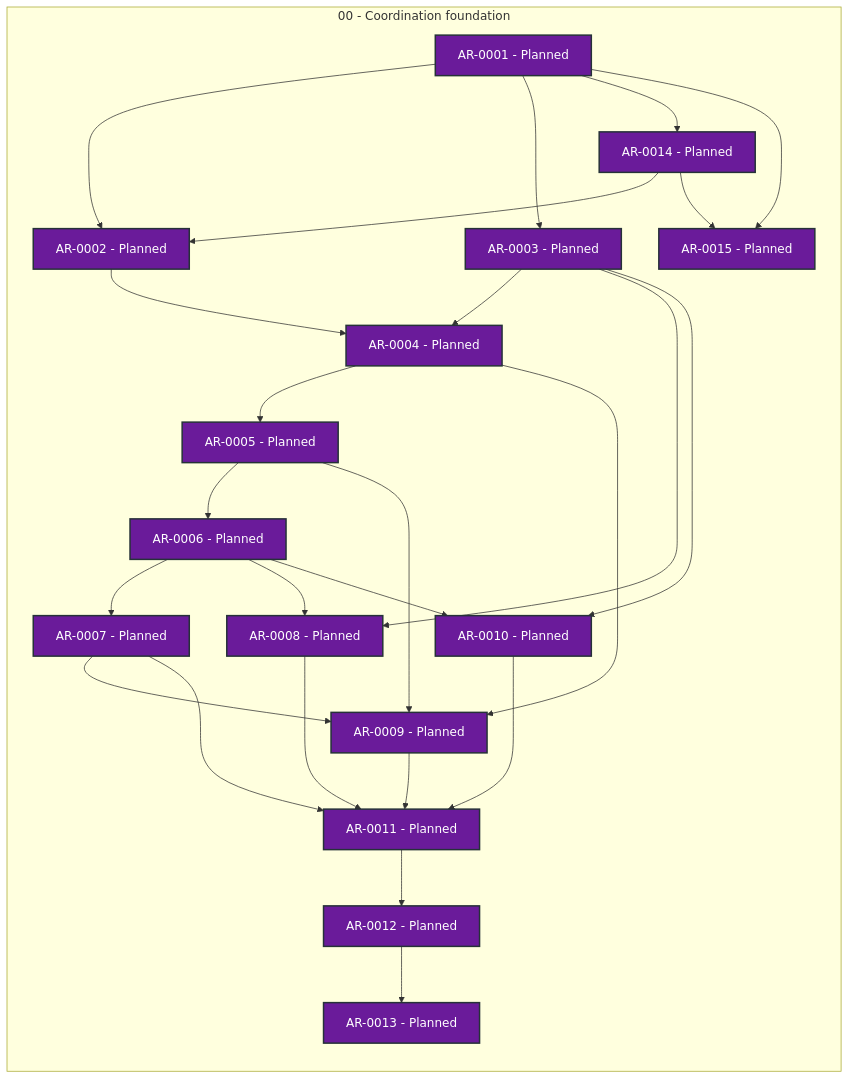
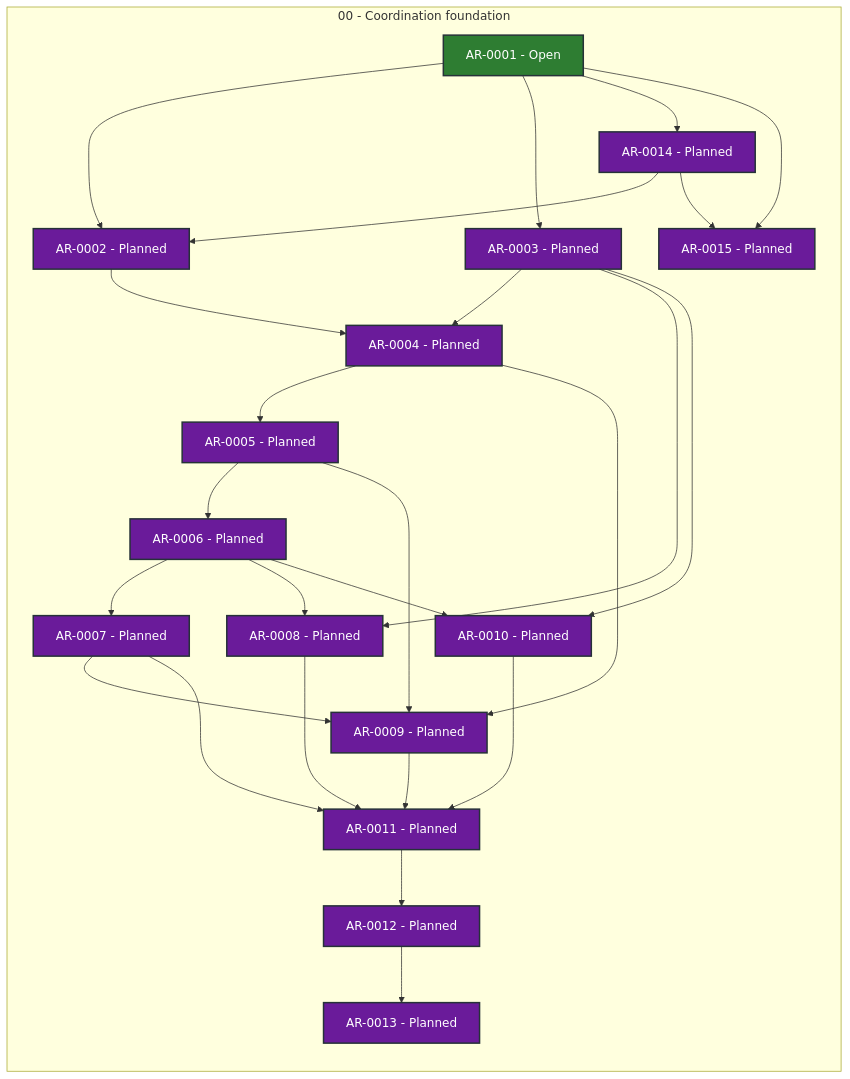
One commit to martin-beck/agent-workflow-tui-state changed the diagram in STATUS.md. Above: the diagram before and after it, drawn with Mermaid. The commit also changed other lines of this file and 2 other files, not shown here.

````diff
--- a/STATUS.md
+++ b/STATUS.md
@@ -27,53 +27,53 @@
 ```mermaid
 flowchart LR
     subgraph series_00["00 - Coordination foundation"]
         direction TB
-        AR_0001["AR-0001 - Planned"]:::status_planned
+        AR_0001["AR-0001 - Open"]:::status_open
         AR_0002["AR-0002 - Planned"]:::status_planned
         AR_0003["AR-0003 - Planned"]:::status_planned
         AR_0004["AR-0004 - Planned"]:::status_planned
         AR_0005["AR-0005 - Planned"]:::status_planned
         AR_0006["AR-0006 - Planned"]:::status_planned
         AR_0007["AR-0007 - Planned"]:::status_planned
         AR_0008["AR-0008 - Planned"]:::status_planned
         AR_0009["AR-0009 - Planned"]:::status_planned
         AR_0010["AR-0010 - Planned"]:::status_planned
         AR_0011["AR-0011 - Planned"]:::status_planned
         AR_0012["AR-0012 - Planned"]:::status_planned
         AR_0013["AR-0013 - Planned"]:::status_planned
         AR_0014["AR-0014 - Planned"]:::status_planned
         AR_0015["AR-0015 - Planned"]:::status_planned
     end
     AR_0001 --> AR_0002
     AR_0001 --> AR_0003
     AR_0001 --> AR_0014
     AR_0001 --> AR_0015
     AR_0002 --> AR_0004
     AR_0003 --> AR_0004
     AR_0003 --> AR_0008
     AR_0003 --> AR_0010
     AR_0004 --> AR_0005
     AR_0004 --> AR_0009
     AR_0005 --> AR_0006
     AR_0005 --> AR_0009
     AR_0006 --> AR_0007
     AR_0006 --> AR_0008
     AR_0006 --> AR_0010
     AR_0007 --> AR_0009
     AR_0007 --> AR_0011
     AR_0008 --> AR_0011
     AR_0009 --> AR_0011
     AR_0010 --> AR_0011
     AR_0011 --> AR_0012
     AR_0012 --> AR_0013
     AR_0014 --> AR_0002
     AR_0014 --> AR_0015
     classDef status_in_progress fill:#1565c0,color:#ffffff,stroke:#263238,stroke-width:2px
     classDef status_open fill:#2e7d32,color:#ffffff,stroke:#263238,stroke-width:2px
     classDef status_blocked fill:#c62828,color:#ffffff,stroke:#263238,stroke-width:2px
     classDef status_planned fill:#6a1b9a,color:#ffffff,stroke:#263238,stroke-width:2px
     classDef status_future fill:#455a64,color:#ffffff,stroke:#263238,stroke-width:2px
     classDef status_done fill:#00695c,color:#ffffff,stroke:#263238,stroke-width:2px
     classDef status_cancelled fill:#616161,color:#ffffff,stroke:#263238,stroke-width:2px
     classDef status_superseded fill:#5d4037,color:#ffffff,stroke:#263238,stroke-width:2px
 ```
````
